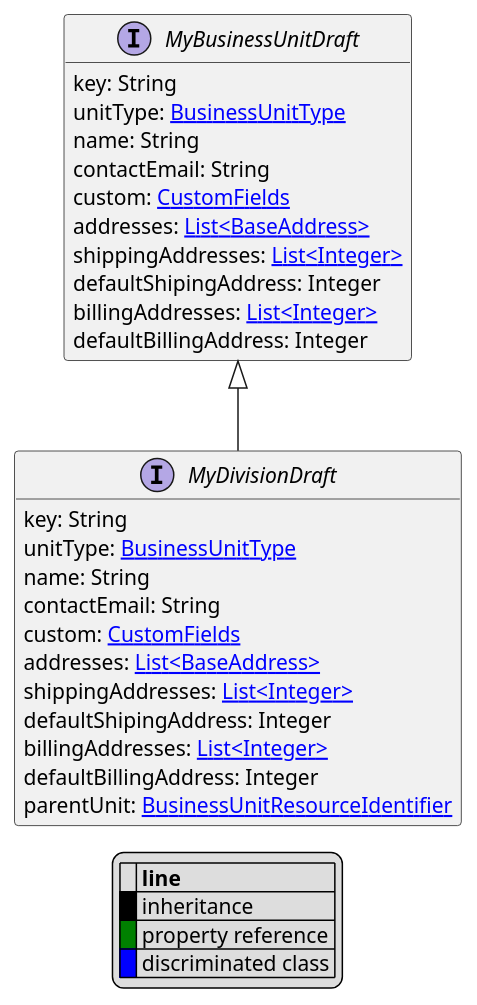
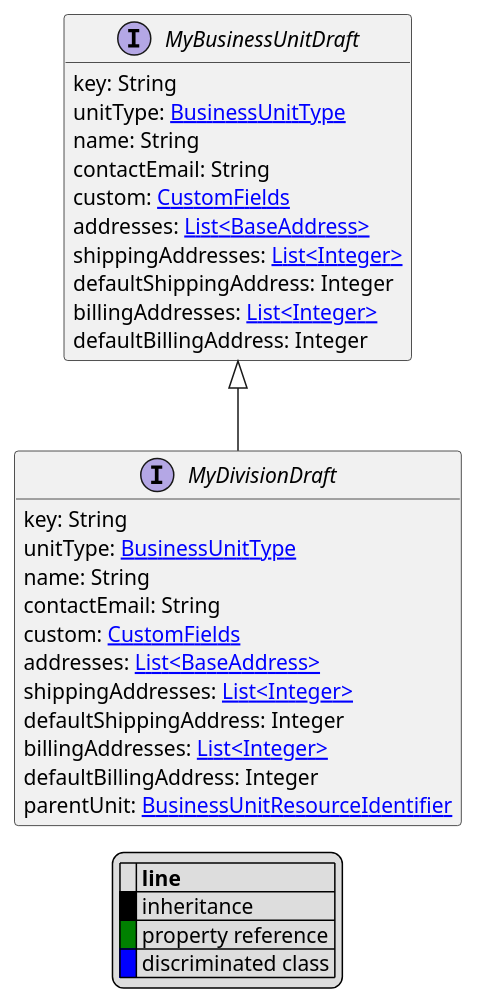
Before and after one commit to commercetools/commercetools-api-reference: the diagram in uml/api/MyDivisionDraft.puml, drawn with PlantUML. The commit also changed 48 other files, not shown here.

```diff
--- a/uml/api/MyDivisionDraft.puml
+++ b/uml/api/MyDivisionDraft.puml
@@ -1,41 +1,41 @@
 @startuml
 
 hide empty fields
 hide empty methods
 legend
 |= |= line |
 |<back:black>   </back>| inheritance |
 |<back:green>   </back>| property reference |
 |<back:blue>   </back>| discriminated class |
 endlegend
 interface MyDivisionDraft [[MyDivisionDraft.svg]] extends MyBusinessUnitDraft {
     key: String
     unitType: [[BusinessUnitType.svg BusinessUnitType]]
     name: String
     contactEmail: String
     custom: [[CustomFields.svg CustomFields]]
     addresses: [[BaseAddress.svg List<BaseAddress>]]
     shippingAddresses: [[Integer.svg List<Integer>]]
-    defaultShipingAddress: Integer
+    defaultShippingAddress: Integer
     billingAddresses: [[Integer.svg List<Integer>]]
     defaultBillingAddress: Integer
     parentUnit: [[BusinessUnitResourceIdentifier.svg BusinessUnitResourceIdentifier]]
 }
 interface MyBusinessUnitDraft [[MyBusinessUnitDraft.svg]]  {
     key: String
     unitType: [[BusinessUnitType.svg BusinessUnitType]]
     name: String
     contactEmail: String
     custom: [[CustomFields.svg CustomFields]]
     addresses: [[BaseAddress.svg List<BaseAddress>]]
     shippingAddresses: [[Integer.svg List<Integer>]]
-    defaultShipingAddress: Integer
+    defaultShippingAddress: Integer
     billingAddresses: [[Integer.svg List<Integer>]]
     defaultBillingAddress: Integer
 }
 
 
 
 
 
 @enduml
```
